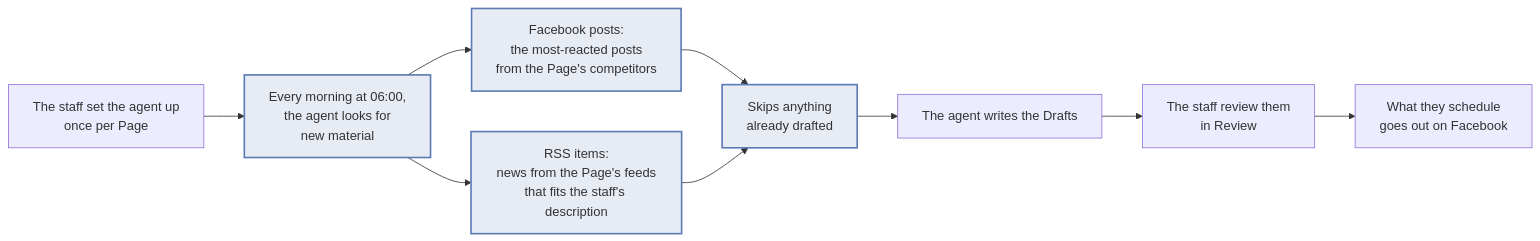
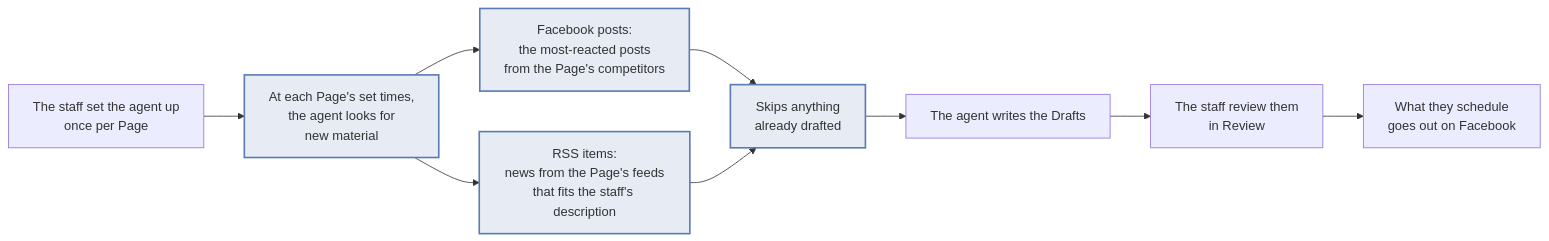
Before and after one commit to nauqh/fb-agent: the diagram in docs/prd-auto-drafts.md, drawn with Mermaid. The commit also changed other lines of this file and 13 other files, not shown here.

First line of the commit message:
feat(auto-drafts): run at per-Page times and add Run now

````diff
--- a/docs/prd-auto-drafts.md
+++ b/docs/prd-auto-drafts.md
@@ -19,14 +19,14 @@
 ```mermaid
 flowchart LR
-    A["The staff set the agent up<br/>once per Page"] --> B["Every morning at 06:00,<br/>the agent looks for<br/>new material"]
+    A["The staff set the agent up<br/>once per Page"] --> B["At each Page's set times,<br/>the agent looks for<br/>new material"]
     B --> F["Facebook posts:<br/>the most-reacted posts<br/>from the Page's competitors"]
     B --> R["RSS items:<br/>news from the Page's feeds<br/>that fits the staff's description"]
     F --> X["Skips anything<br/>already drafted"]
     R --> X
     X --> C["The agent writes the Drafts"]
     C --> D["The staff review them<br/>in Review"]
     D --> E["What they schedule<br/>goes out on Facebook"]
 
     classDef core fill:#5b7bb526,stroke:#5b7bb5,stroke-width:2px
     class B,F,R,X core
 ```
````
